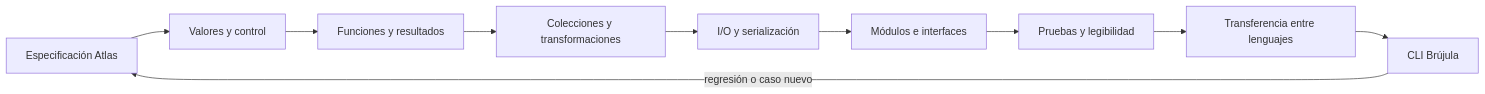
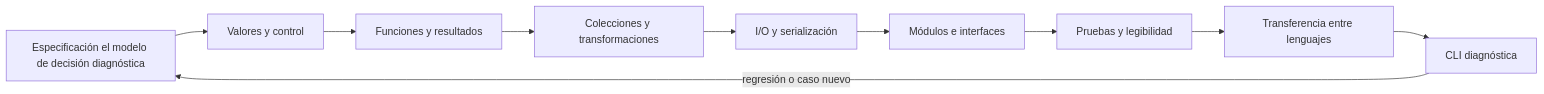
One commit to vladimiracunadev-create/modern-software-engineering-program changed the diagram in content/part-05/README.md. Above: the diagram before and after it, drawn with Mermaid. The commit also changed other lines of this file and 14 other files, not shown here.

````diff
--- a/content/part-05/README.md
+++ b/content/part-05/README.md
@@ -20,12 +20,12 @@
 ```mermaid
 flowchart LR
-    A[Especificación Atlas] --> B[Valores y control]
+    A[Especificación el modelo de decisión diagnóstica] --> B[Valores y control]
     B --> C[Funciones y resultados]
     C --> D[Colecciones y transformaciones]
     D --> E[I/O y serialización]
     E --> F[Módulos e interfaces]
     F --> G[Pruebas y legibilidad]
     G --> H[Transferencia entre lenguajes]
-    H --> I[CLI Brújula]
+    H --> I[CLI diagnóstica]
     I -->|regresión o caso nuevo| A
 ```
````
